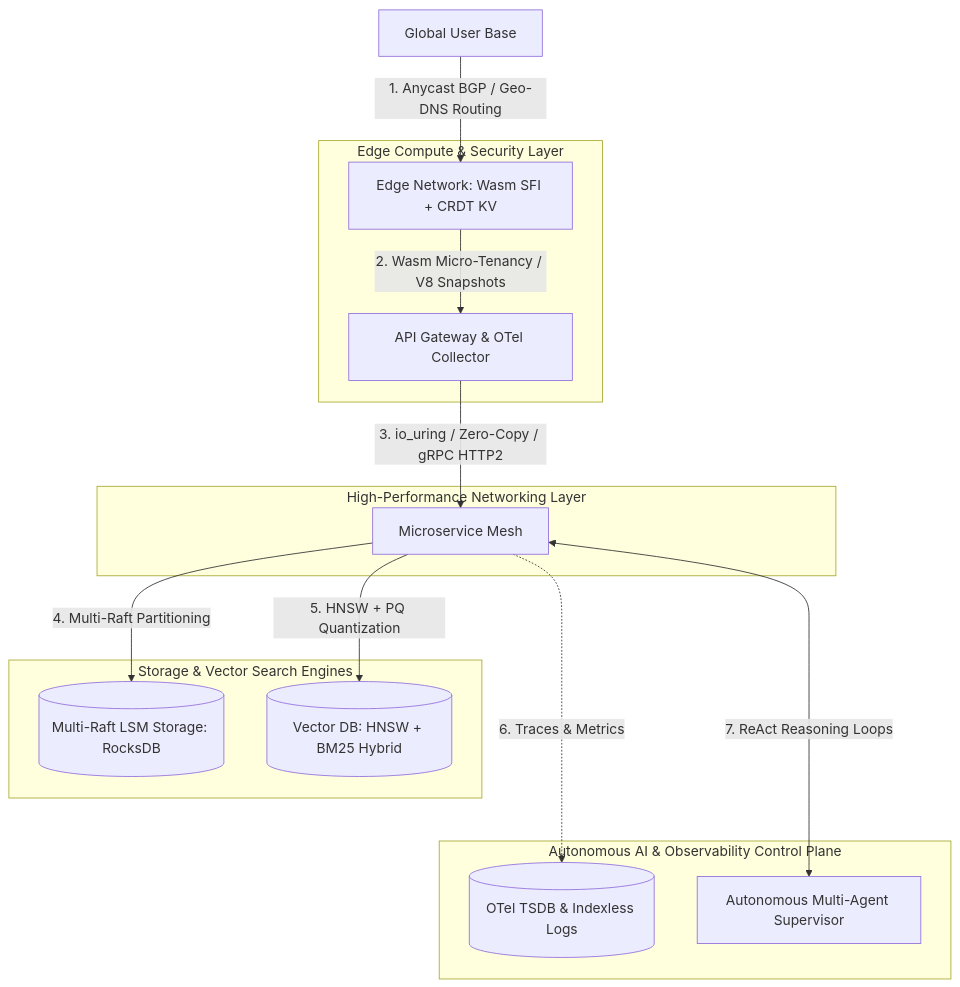
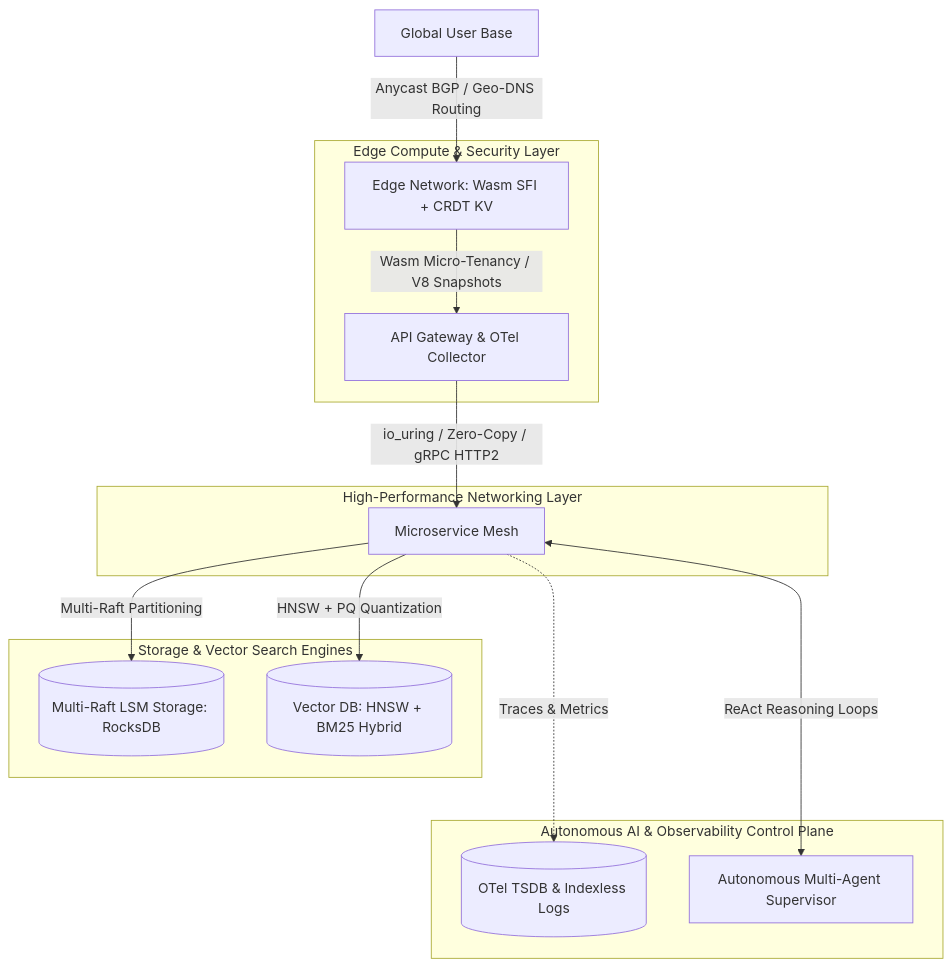
The diagram in blog/posts/300-posts-milestone-architectural-patterns-ultra-scale-engineering-systems.md (akmalkhaniub/akmalkhaniub.github.io), drawn with Mermaid before and after one commit. The commit also changed 411 other files, not shown here.

````diff
--- a/blog/posts/300-posts-milestone-architectural-patterns-ultra-scale-engineering-systems.md
+++ b/blog/posts/300-posts-milestone-architectural-patterns-ultra-scale-engineering-systems.md
@@ -17,22 +17,22 @@
 ```mermaid
-graph TD
-  User[Global User Base] -->|1. Anycast BGP / Geo-DNS Routing| Edge[Edge Network: Wasm SFI + CRDT KV]
+flowchart TD
+  User[Global User Base] -->|Anycast BGP / Geo-DNS Routing| Edge[Edge Network: Wasm SFI + CRDT KV]
   
   subgraph SG1_EdgeComputeSecurity ["Edge Compute & Security Layer"]
-    Edge -->|2. Wasm Micro-Tenancy / V8 Snapshots| API[API Gateway & OTel Collector]
+    Edge -->|Wasm Micro-Tenancy / V8 Snapshots| API[API Gateway & OTel Collector]
   end
   
   subgraph SG2_HighPerformanceNetworking ["High-Performance Networking Layer"]
-    API -->|3. io_uring / Zero-Copy / gRPC HTTP2| Services[Microservice Mesh]
+    API -->|io_uring / Zero-Copy / gRPC HTTP2| Services[Microservice Mesh]
   end
   
   subgraph SG3_StorageVectorSearch ["Storage & Vector Search Engines"]
-    Services -->|4. Multi-Raft Partitioning| DistributedDB[(Multi-Raft LSM Storage: RocksDB)]
-    Services -->|5. HNSW + PQ Quantization| VectorDB[(Vector DB: HNSW + BM25 Hybrid)]
+    Services -->|Multi-Raft Partitioning| DistributedDB[(Multi-Raft LSM Storage: RocksDB)]
+    Services -->|HNSW + PQ Quantization| VectorDB[(Vector DB: HNSW + BM25 Hybrid)]
   end
   
   subgraph SG4_AutonomousAiObservability ["Autonomous AI & Observability Control Plane"]
-    Services -.->|6. Traces & Metrics| Observability[(OTel TSDB & Indexless Logs)]
-    Services <--->|7. ReAct Reasoning Loops| Agents[Autonomous Multi-Agent Supervisor]
+    Services -.->|Traces & Metrics| Observability[(OTel TSDB & Indexless Logs)]
+    Services <--->|ReAct Reasoning Loops| Agents[Autonomous Multi-Agent Supervisor]
   end
 ```
````
